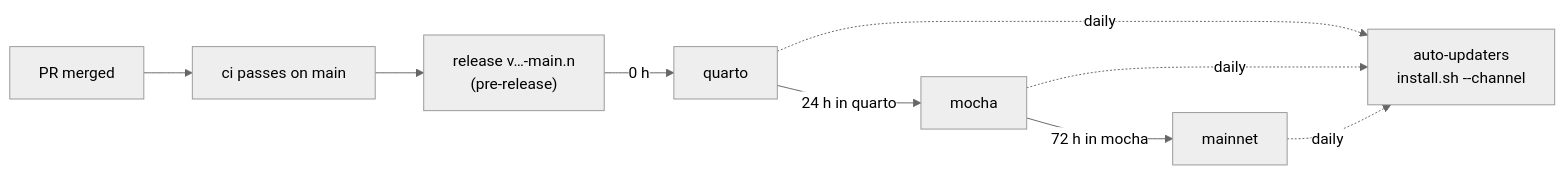
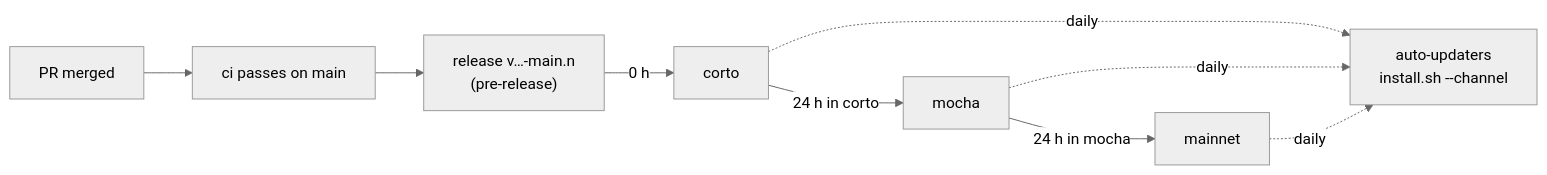
The diagram in docs/releasing.md (celestiaorg/celestia-rs), drawn with Mermaid (neutral theme) before and after one commit. The commit also changed other lines of this file and 10 other files, not shown here.

Commit message:
docs: tell operators to install with --channel; rename quarto to corto; mainnet soaks 24h on mocha

````diff
--- a/docs/releasing.md
+++ b/docs/releasing.md
@@ -26,8 +26,8 @@
 ```mermaid
 flowchart LR
   pr[PR merged] --> ci[ci passes on main] --> rel["release v…-main.n<br/>(pre-release)"]
-  rel -->|0 h| quarto
-  quarto -->|24 h in quarto| mocha
-  mocha -->|72 h in mocha| mainnet
-  quarto & mocha & mainnet -.->|daily| nodes[auto-updaters<br/>install.sh --channel]
+  rel -->|0 h| corto
+  corto -->|24 h in corto| mocha
+  mocha -->|24 h in mocha| mainnet
+  corto & mocha & mainnet -.->|daily| nodes[auto-updaters<br/>install.sh --channel]
 ```
````
